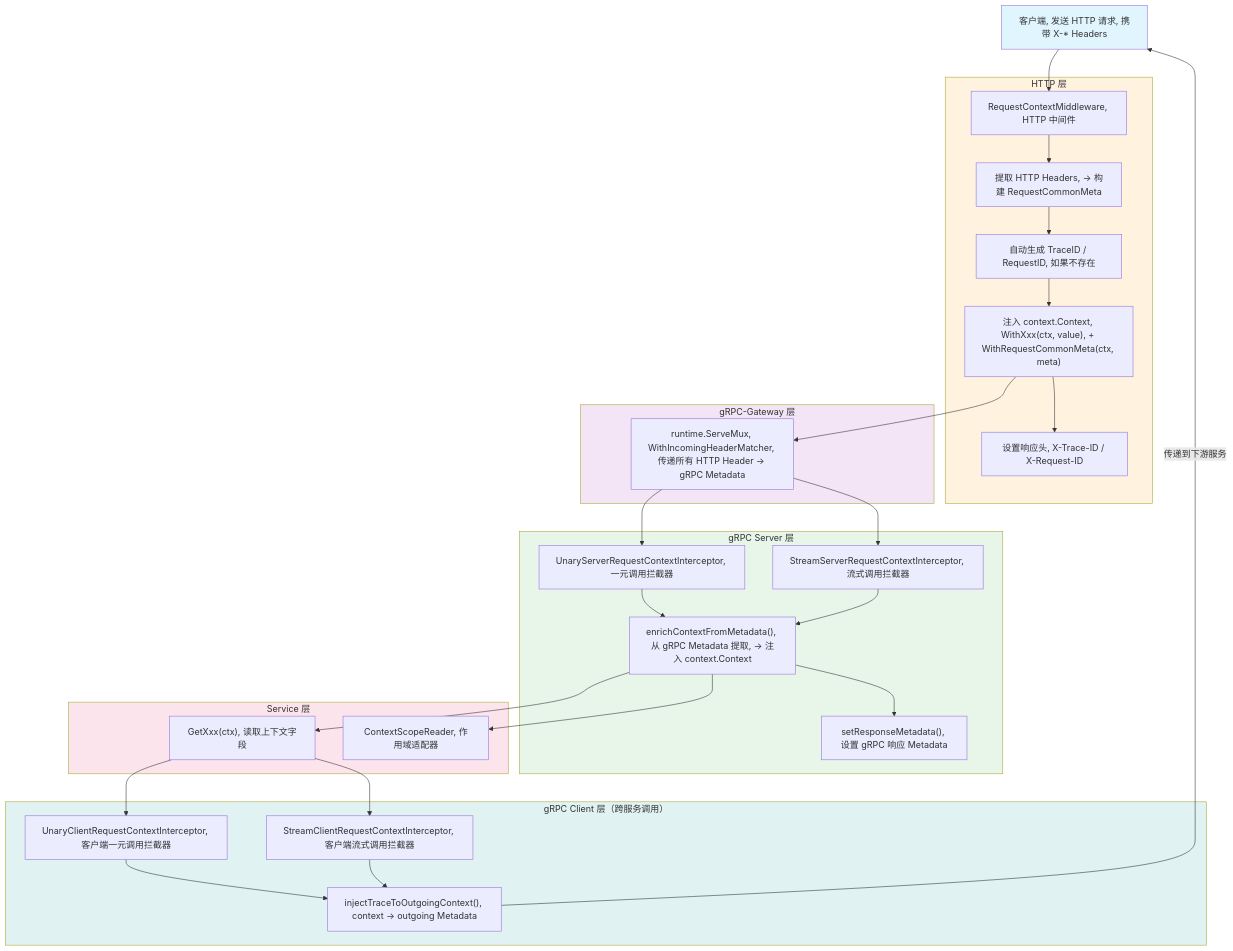
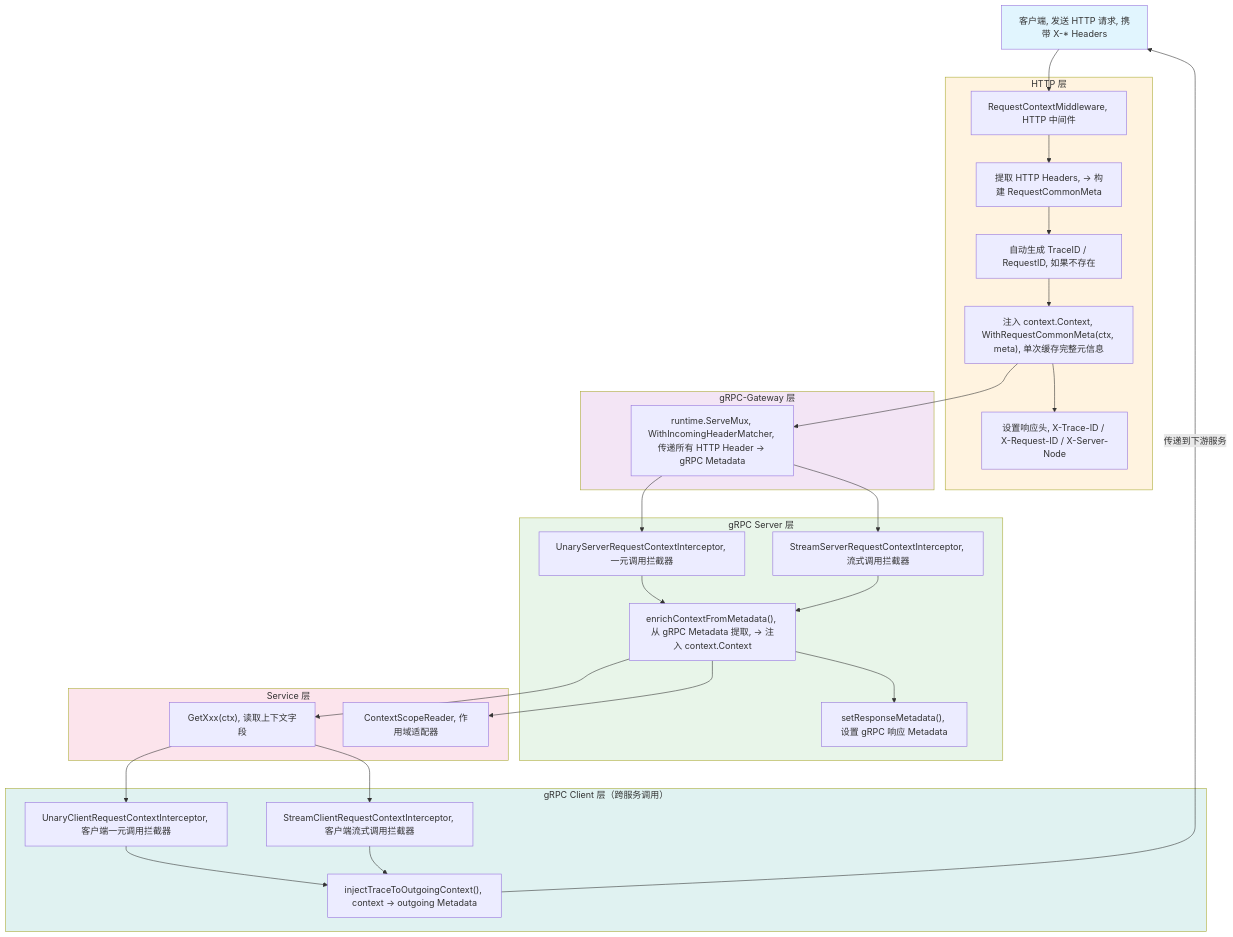
Before and after one commit to kamalyes/go-rpc-gateway: the first of 6 diagrams in docs/REQUEST-CONTEXT.md, drawn with Mermaid. The commit also changed other lines of this file and 20 other files, not shown here.

````diff
--- a/docs/REQUEST-CONTEXT.md
+++ b/docs/REQUEST-CONTEXT.md
@@ -11,60 +11,60 @@
 ```mermaid
 flowchart TD
     CLIENT["客户端, 发送 HTTP 请求, 携带 X-* Headers"]
 
     subgraph HTTP_LAYER["HTTP 层"]
         MW["RequestContextMiddleware, HTTP 中间件"]
         EXTRACT["提取 HTTP Headers, → 构建 RequestCommonMeta"]
         AUTO_GEN["自动生成 TraceID / RequestID, 如果不存在"]
-        INJECT_CTX["注入 context.Context, WithXxx(ctx, value), + WithRequestCommonMeta(ctx, meta)"]
-        SET_RESP["设置响应头, X-Trace-ID / X-Request-ID"]
+        INJECT_CTX["注入 context.Context, WithRequestCommonMeta(ctx, meta), 单次缓存完整元信息"]
+        SET_RESP["设置响应头, X-Trace-ID / X-Request-ID / X-Server-Node"]
     end
 
     subgraph GW_LAYER["gRPC-Gateway 层"]
         GW_MUX["runtime.ServeMux, WithIncomingHeaderMatcher, 传递所有 HTTP Header → gRPC Metadata"]
     end
 
     subgraph GRPC_SERVER["gRPC Server 层"]
         UNARY["UnaryServerRequestContextInterceptor, 一元调用拦截器"]
         STREAM["StreamServerRequestContextInterceptor, 流式调用拦截器"]
         ENRICH["enrichContextFromMetadata(), 从 gRPC Metadata 提取, → 注入 context.Context"]
         SET_MD["setResponseMetadata(), 设置 gRPC 响应 Metadata"]
     end
 
     subgraph SERVICE["Service 层"]
         GET_CTX["GetXxx(ctx), 读取上下文字段"]
         SCOPE["ContextScopeReader, 作用域适配器"]
     end
 
     subgraph GRPC_CLIENT["gRPC Client 层（跨服务调用）"]
         CLIENT_UNARY["UnaryClientRequestContextInterceptor, 客户端一元调用拦截器"]
         CLIENT_STREAM["StreamClientRequestContextInterceptor, 客户端流式调用拦截器"]
         INJECT_OUT["injectTraceToOutgoingContext(), context → outgoing Metadata"]
     end
 
     CLIENT --> MW
     MW --> EXTRACT
     EXTRACT --> AUTO_GEN
     AUTO_GEN --> INJECT_CTX
     INJECT_CTX --> SET_RESP
     INJECT_CTX --> GW_MUX
     GW_MUX --> UNARY
     GW_MUX --> STREAM
     UNARY --> ENRICH
     STREAM --> ENRICH
     ENRICH --> SET_MD
     ENRICH --> GET_CTX
     ENRICH --> SCOPE
     GET_CTX --> CLIENT_UNARY
     GET_CTX --> CLIENT_STREAM
     CLIENT_UNARY --> INJECT_OUT
     CLIENT_STREAM --> INJECT_OUT
     INJECT_OUT -->|传递到下游服务| CLIENT
 
     style CLIENT fill:#e1f5fe
     style HTTP_LAYER fill:#fff3e0
     style GW_LAYER fill:#f3e5f5
     style GRPC_SERVER fill:#e8f5e9
     style SERVICE fill:#fce4ec
     style GRPC_CLIENT fill:#e0f2f1
 ```
````
